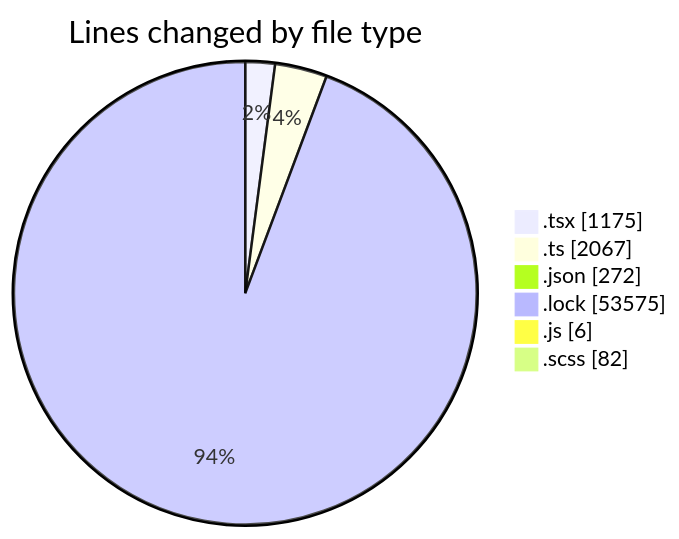
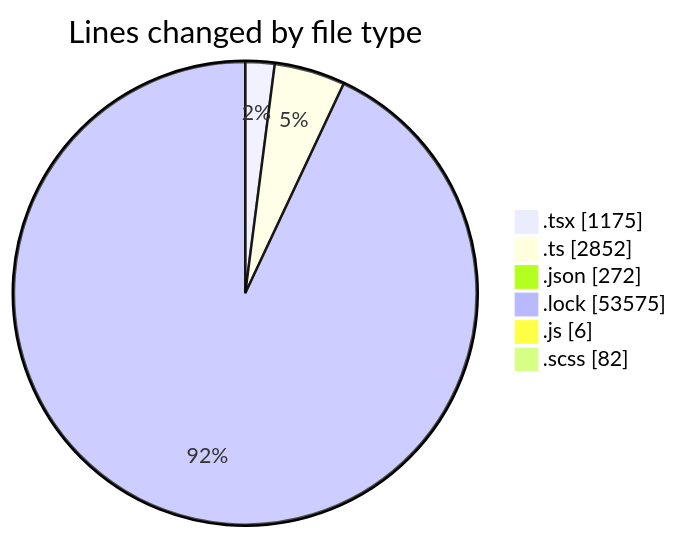
The first of 2 diagrams in 2026-03-27/cda/README.md (momahboobian/code-tracking), drawn with Mermaid before and after one commit. The commit also changed other lines of this file and 1 other file, not shown here.

````diff
--- a/2026-03-27/cda/README.md
+++ b/2026-03-27/cda/README.md
@@ -44,10 +45,10 @@
 ```mermaid
 pie showData
 title Lines changed by file type
 ".tsx" : 1175
-".ts" : 2067
+".ts" : 2852
 ".json" : 272
 ".lock" : 53575
 ".js" : 6
 ".scss" : 82
 ```
````
